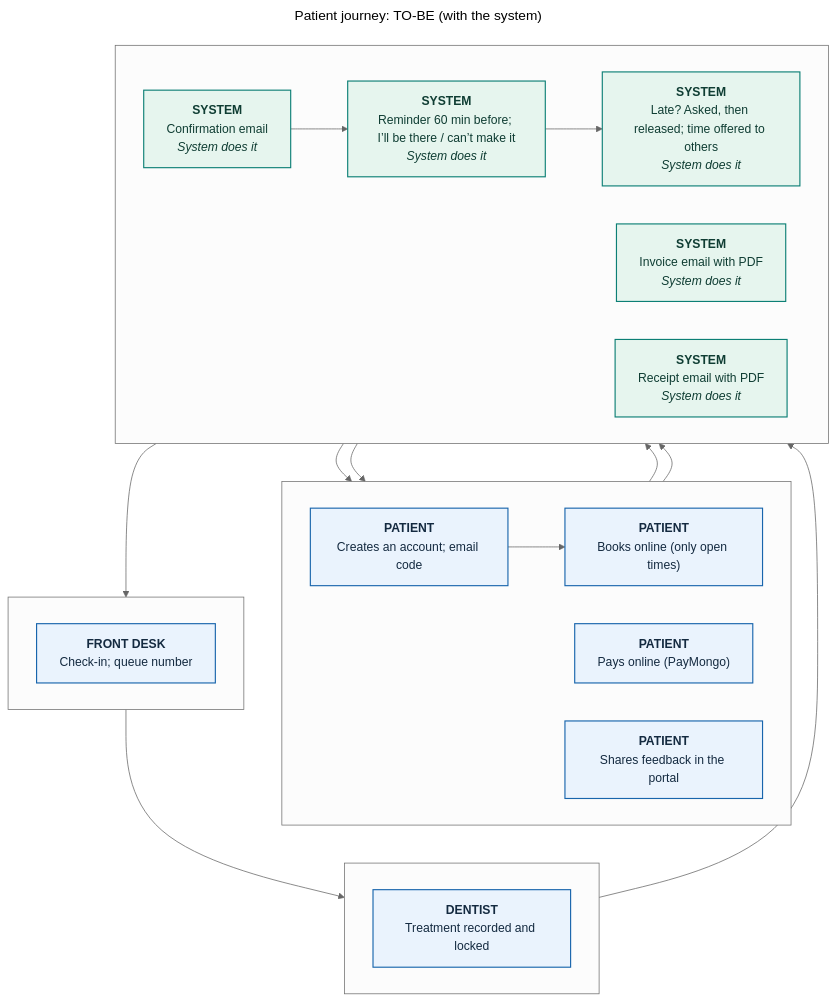
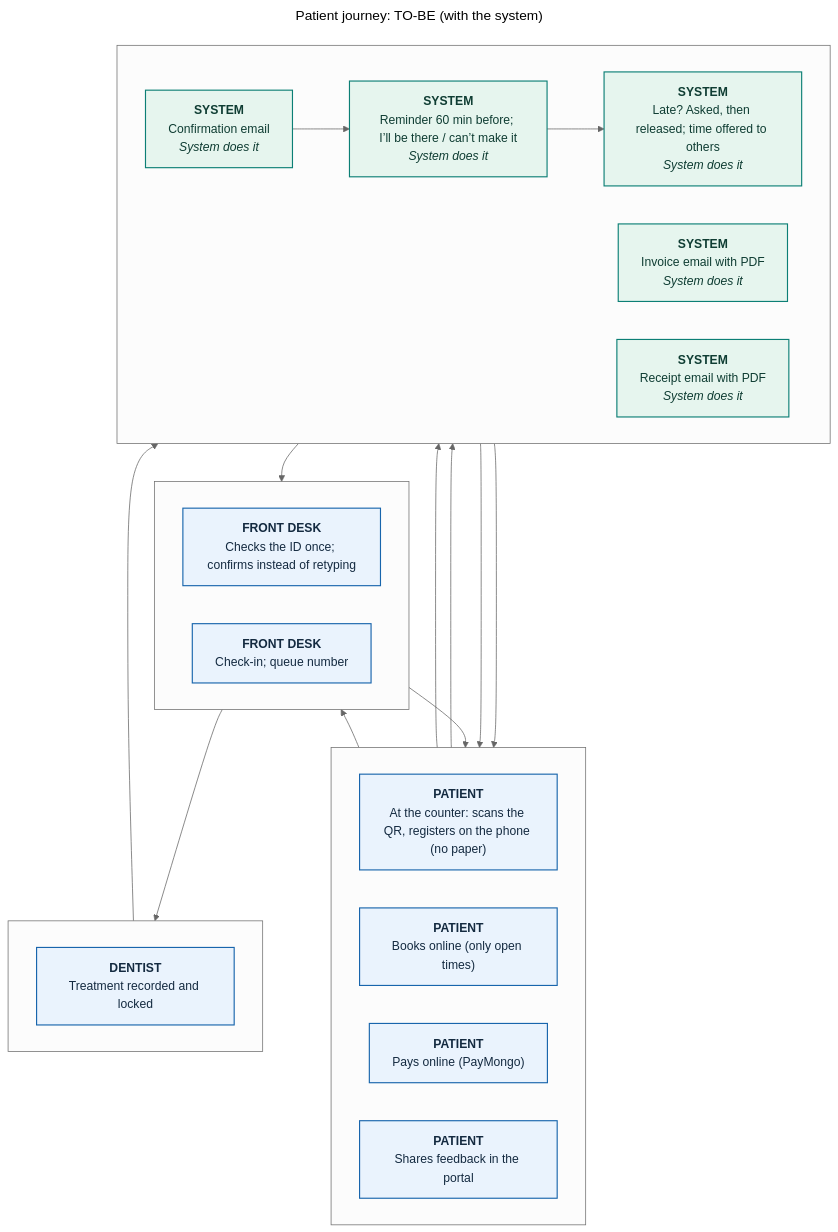
Before and after one commit to 0phem/multibranch-dental-clinic: the diagram in docs/defense/diagrams/overview-to-be.mmd, drawn with Mermaid (neutral theme). The commit also changed 58 other files, not shown here.

```diff
--- a/docs/defense/diagrams/overview-to-be.mmd
+++ b/docs/defense/diagrams/overview-to-be.mmd
@@ -1,43 +1,45 @@
 ---
 title: "Patient journey: TO-BE (with the system)"
 ---
 flowchart TB
     subgraph L0[" "]
     direction LR
-      S0["<b>PATIENT</b><br/>Creates an account; email code"]:::manual
-      S1["<b>PATIENT</b><br/>Books online (only open times)"]:::manual
-      S8["<b>PATIENT</b><br/>Pays online (PayMongo)"]:::manual
-      S10["<b>PATIENT</b><br/>Shares feedback in the portal"]:::manual
+      S0["<b>PATIENT</b><br/>At the counter: scans the QR, registers on the phone (no paper)"]:::manual
+      S2["<b>PATIENT</b><br/>Books online (only open times)"]:::manual
+      S9["<b>PATIENT</b><br/>Pays online (PayMongo)"]:::manual
+      S11["<b>PATIENT</b><br/>Shares feedback in the portal"]:::manual
     end
     subgraph L1[" "]
     direction LR
-      S5["<b>FRONT DESK</b><br/>Check-in; queue number"]:::manual
+      S1["<b>FRONT DESK</b><br/>Checks the ID once; confirms instead of retyping"]:::manual
+      S6["<b>FRONT DESK</b><br/>Check-in; queue number"]:::manual
     end
     subgraph L2[" "]
     direction LR
-      S6["<b>DENTIST</b><br/>Treatment recorded and locked"]:::manual
+      S7["<b>DENTIST</b><br/>Treatment recorded and locked"]:::manual
     end
     subgraph L4[" "]
     direction LR
-      S2["<b>SYSTEM</b><br/>Confirmation email<br/><i>System does it</i>"]:::auto
-      S3["<b>SYSTEM</b><br/>Reminder 60 min before; I’ll be there / can’t make it<br/><i>System does it</i>"]:::auto
-      S4["<b>SYSTEM</b><br/>Late? Asked, then released; time offered to others<br/><i>System does it</i>"]:::auto
-      S7["<b>SYSTEM</b><br/>Invoice email with PDF<br/><i>System does it</i>"]:::auto
-      S9["<b>SYSTEM</b><br/>Receipt email with PDF<br/><i>System does it</i>"]:::auto
+      S3["<b>SYSTEM</b><br/>Confirmation email<br/><i>System does it</i>"]:::auto
+      S4["<b>SYSTEM</b><br/>Reminder 60 min before; I’ll be there / can’t make it<br/><i>System does it</i>"]:::auto
+      S5["<b>SYSTEM</b><br/>Late? Asked, then released; time offered to others<br/><i>System does it</i>"]:::auto
+      S8["<b>SYSTEM</b><br/>Invoice email with PDF<br/><i>System does it</i>"]:::auto
+      S10["<b>SYSTEM</b><br/>Receipt email with PDF<br/><i>System does it</i>"]:::auto
     end
     S0 --> S1
     S1 --> S2
     S2 --> S3
     S3 --> S4
     S4 --> S5
     S5 --> S6
     S6 --> S7
     S7 --> S8
     S8 --> S9
     S9 --> S10
+    S10 --> S11
     classDef cited fill:#eaf3fd,stroke:#1865ac,color:#142a40,stroke-width:1.5px
     classDef confirm fill:#fffaf0,stroke:#b26a00,color:#5e3c00,stroke-width:1.5px,stroke-dasharray:6 4
     classDef auto fill:#e6f5ee,stroke:#0c7f75,color:#0f3d33,stroke-width:1.5px
     classDef manual fill:#eaf3fd,stroke:#1865ac,color:#142a40,stroke-width:1.5px
     classDef mock fill:#f3f5f7,stroke:#5a6b7d,color:#3a4e63,stroke-width:1.5px,stroke-dasharray:3 3
     classDef planned fill:#ffffff,stroke:#5a6b7d,color:#3a4e63,stroke-width:1.5px,stroke-dasharray:6 4
```
